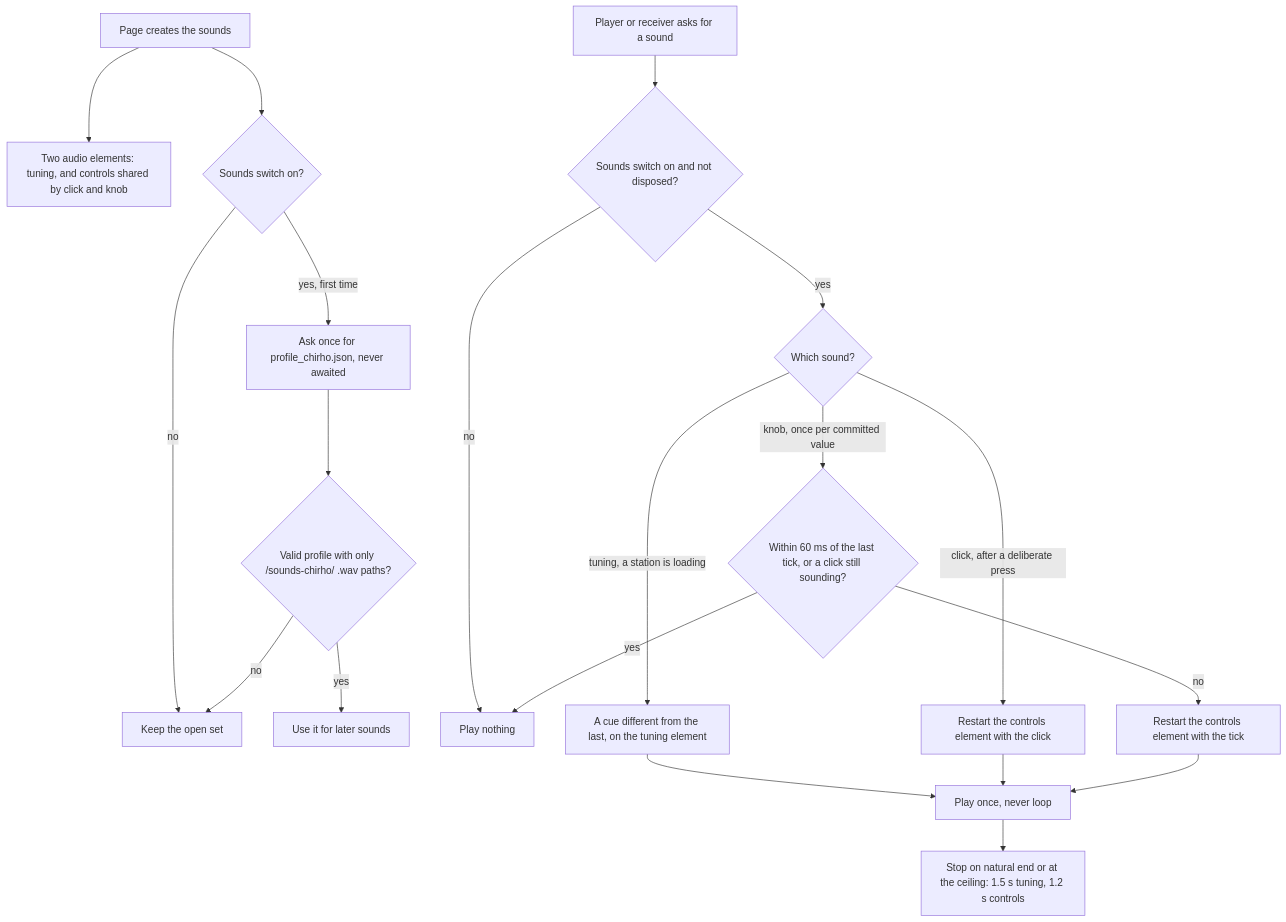
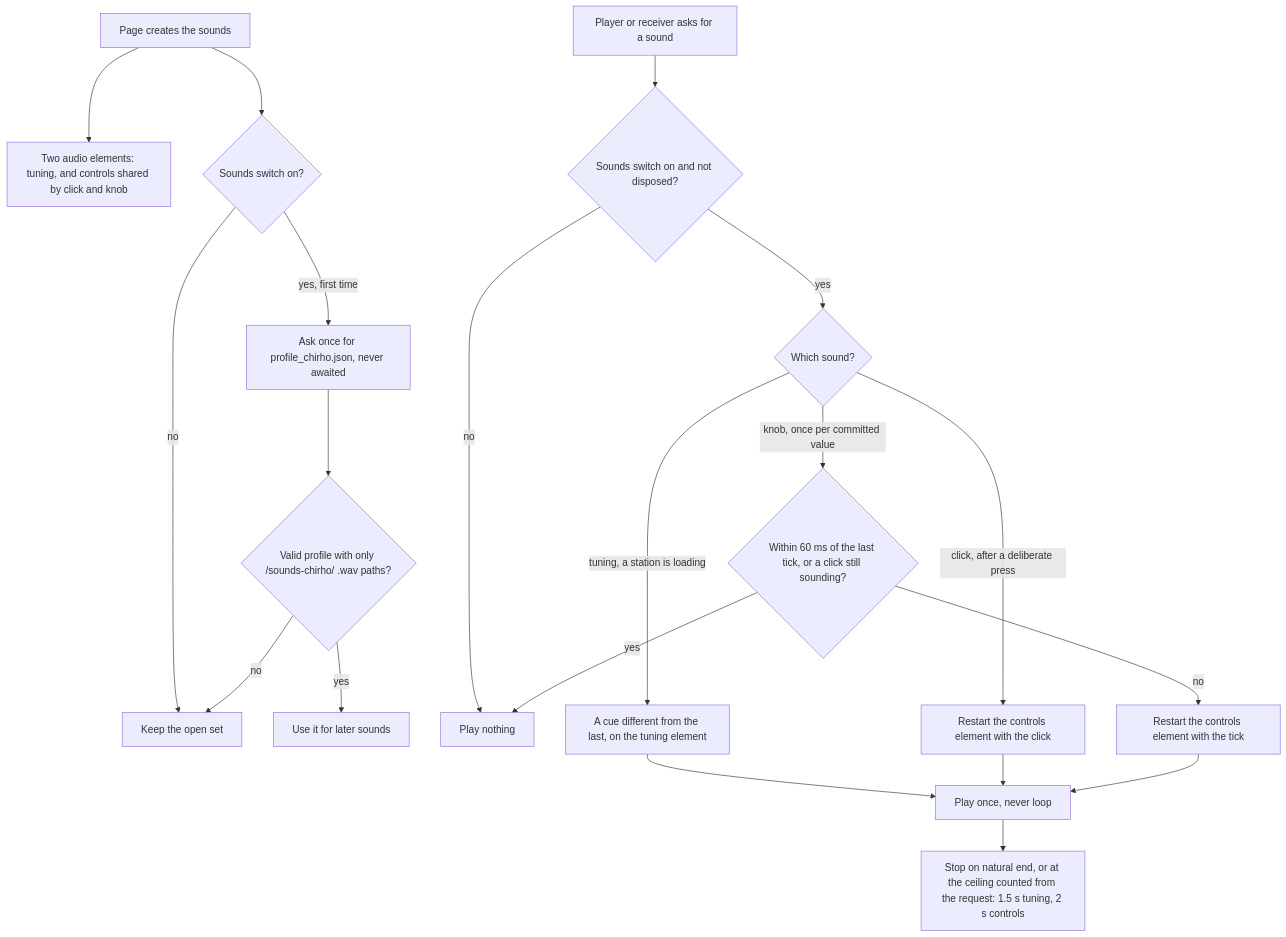
One commit to loveJesus/audiobiblerad.io-chirho changed the second of 2 diagrams in spec-chirho/workflows-chirho/radio_sounds_workflow_chirho.md. Above: the diagram before and after it, drawn with Mermaid. The commit also changed other lines of this file and 12 other files, not shown here.

````diff
--- a/spec-chirho/workflows-chirho/radio_sounds_workflow_chirho.md
+++ b/spec-chirho/workflows-chirho/radio_sounds_workflow_chirho.md
@@ -45,22 +45,22 @@
 ```mermaid
 flowchart TD
     create_chirho[Page creates the sounds] --> elements_chirho[Two audio elements: tuning, and controls shared by click and knob]
     create_chirho --> on_chirho{Sounds switch on?}
     on_chirho -- yes, first time --> fetch_chirho[Ask once for profile_chirho.json, never awaited]
     on_chirho -- no --> use_open_chirho
     fetch_chirho --> valid_chirho{Valid profile with only /sounds-chirho/ .wav paths?}
     valid_chirho -- yes --> use_profile_chirho[Use it for later sounds]
     valid_chirho -- no --> use_open_chirho[Keep the open set]
     request_chirho[Player or receiver asks for a sound] --> enabled_chirho{Sounds switch on and not disposed?}
     enabled_chirho -- no --> silent_chirho[Play nothing]
     enabled_chirho -- yes --> kind_chirho{Which sound?}
     kind_chirho -- tuning, a station is loading --> tuning_chirho[A cue different from the last, on the tuning element]
     kind_chirho -- click, after a deliberate press --> click_chirho[Restart the controls element with the click]
     kind_chirho -- knob, once per committed value --> spacing_chirho{Within 60 ms of the last tick, or a click still sounding?}
     spacing_chirho -- yes --> silent_chirho
     spacing_chirho -- no --> knob_chirho[Restart the controls element with the tick]
     tuning_chirho --> finite_chirho[Play once, never loop]
     click_chirho --> finite_chirho
     knob_chirho --> finite_chirho
-    finite_chirho --> end_chirho[Stop on natural end or at the ceiling: 1.5 s tuning, 1.2 s controls]
+    finite_chirho --> end_chirho[Stop on natural end, or at the ceiling counted from the request: 1.5 s tuning, 2 s controls]
 ```
````
